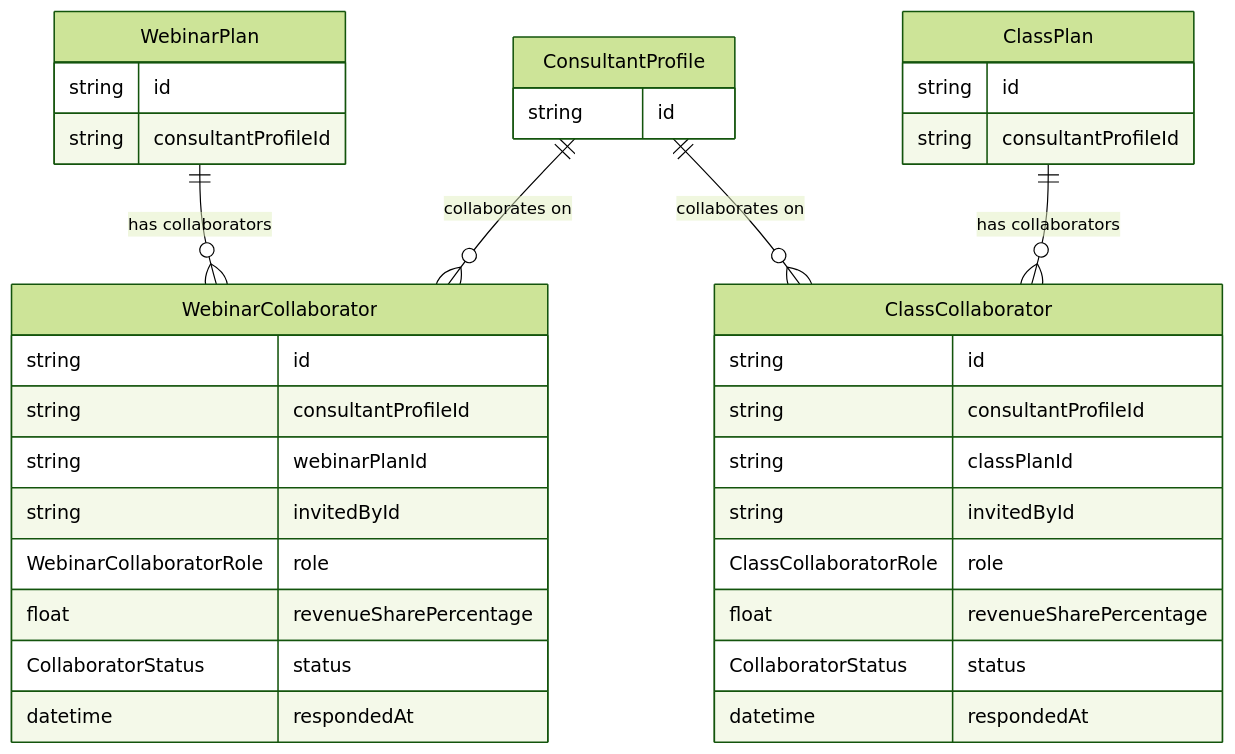
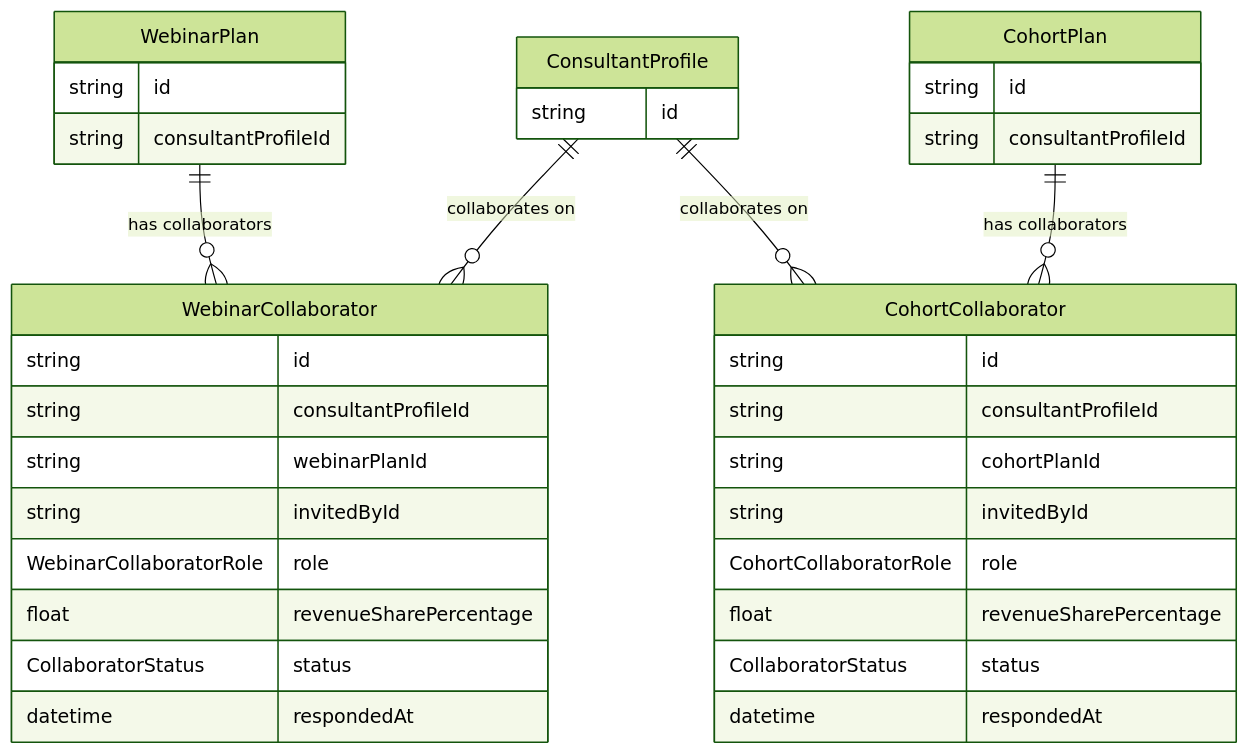
Before and after one commit to Practitionist/familiarise_web: diagram 14 of 24 in docs/prisma/00-schema-map.md, drawn with Mermaid (forest theme). The commit also changed other lines of this file and 89 other files, not shown here.

````diff
--- a/docs/prisma/00-schema-map.md
+++ b/docs/prisma/00-schema-map.md
@@ -920,39 +920,39 @@
 ```mermaid
 erDiagram
     ConsultantProfile {
         string id
     }
     WebinarPlan {
         string id
         string consultantProfileId
     }
     WebinarCollaborator {
         string id
         string consultantProfileId
         string webinarPlanId
         string invitedById
         WebinarCollaboratorRole role
         float revenueSharePercentage
         CollaboratorStatus status
         datetime respondedAt
     }
-    ClassPlan {
+    CohortPlan {
         string id
         string consultantProfileId
     }
-    ClassCollaborator {
+    CohortCollaborator {
         string id
         string consultantProfileId
-        string classPlanId
+        string cohortPlanId
         string invitedById
-        ClassCollaboratorRole role
+        CohortCollaboratorRole role
         float revenueSharePercentage
         CollaboratorStatus status
         datetime respondedAt
     }
 
     WebinarPlan ||--o{ WebinarCollaborator : "has collaborators"
     ConsultantProfile ||--o{ WebinarCollaborator : "collaborates on"
-    ClassPlan ||--o{ ClassCollaborator : "has collaborators"
-    ConsultantProfile ||--o{ ClassCollaborator : "collaborates on"
+    CohortPlan ||--o{ CohortCollaborator : "has collaborators"
+    ConsultantProfile ||--o{ CohortCollaborator : "collaborates on"
 ```
````
